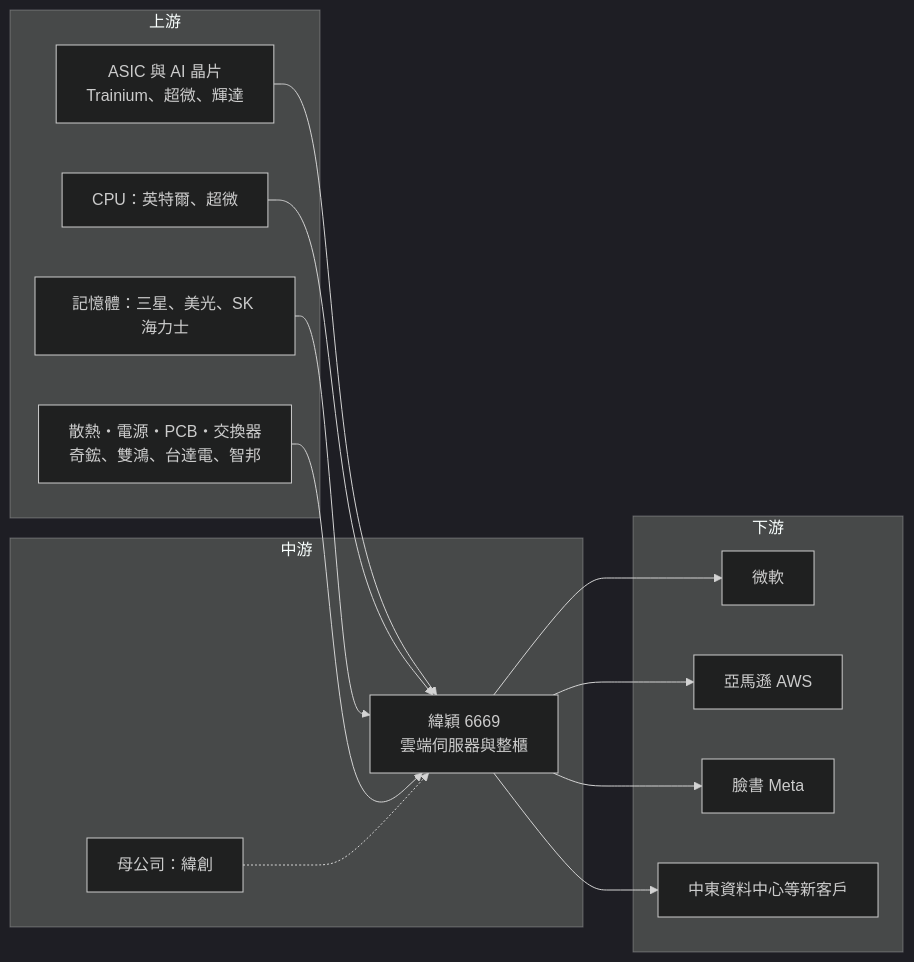
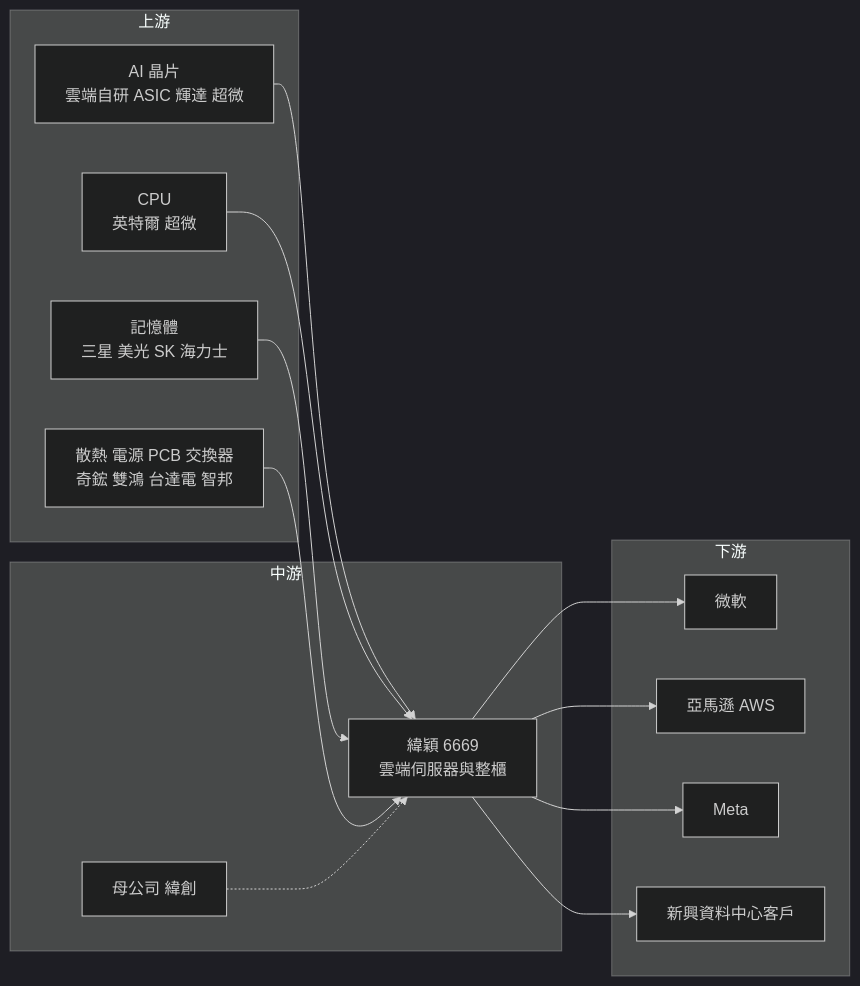
One commit to wangnick1004/taiwan-stock-vault changed the fourth of 4 diagrams in 個股/台股/6669緯穎.md. Above: the diagram before and after it, drawn with Mermaid (dark theme). The commit also changed other lines of this file and 6 other files, not shown here.

````diff
--- a/個股/台股/6669緯穎.md
+++ b/個股/台股/6669緯穎.md
@@ -215,28 +235,28 @@
 ```mermaid
 flowchart LR
     subgraph 上游
-        A1[ASIC 與 AI 晶片<br/>Trainium、超微、輝達]
-        A2[CPU：英特爾、超微]
-        A3[記憶體：三星、美光、SK 海力士]
-        A4[散熱・電源・PCB・交換器<br/>奇鋐、雙鴻、台達電、智邦]
+        A1["AI 晶片<br/>雲端自研 ASIC 輝達 超微"]
+        A2["CPU<br/>英特爾 超微"]
+        A3["記憶體<br/>三星 美光 SK 海力士"]
+        A4["散熱 電源 PCB 交換器<br/>奇鋐 雙鴻 台達電 智邦"]
     end
     subgraph 中游
-        B[緯穎 6669<br/>雲端伺服器與整櫃]
-        B1[母公司：緯創]
+        B["緯穎 6669<br/>雲端伺服器與整櫃"]
+        B1[母公司 緯創]
     end
     subgraph 下游
         C1[微軟]
         C2[亞馬遜 AWS]
-        C3[臉書 Meta]
-        C4[中東資料中心等新客戶]
+        C3[Meta]
+        C4[新興資料中心客戶]
     end
     A1 --> B
     A2 --> B
     A3 --> B
     A4 --> B
     B1 -.-> B
     B --> C1
     B --> C2
     B --> C3
     B --> C4
 ```
````
